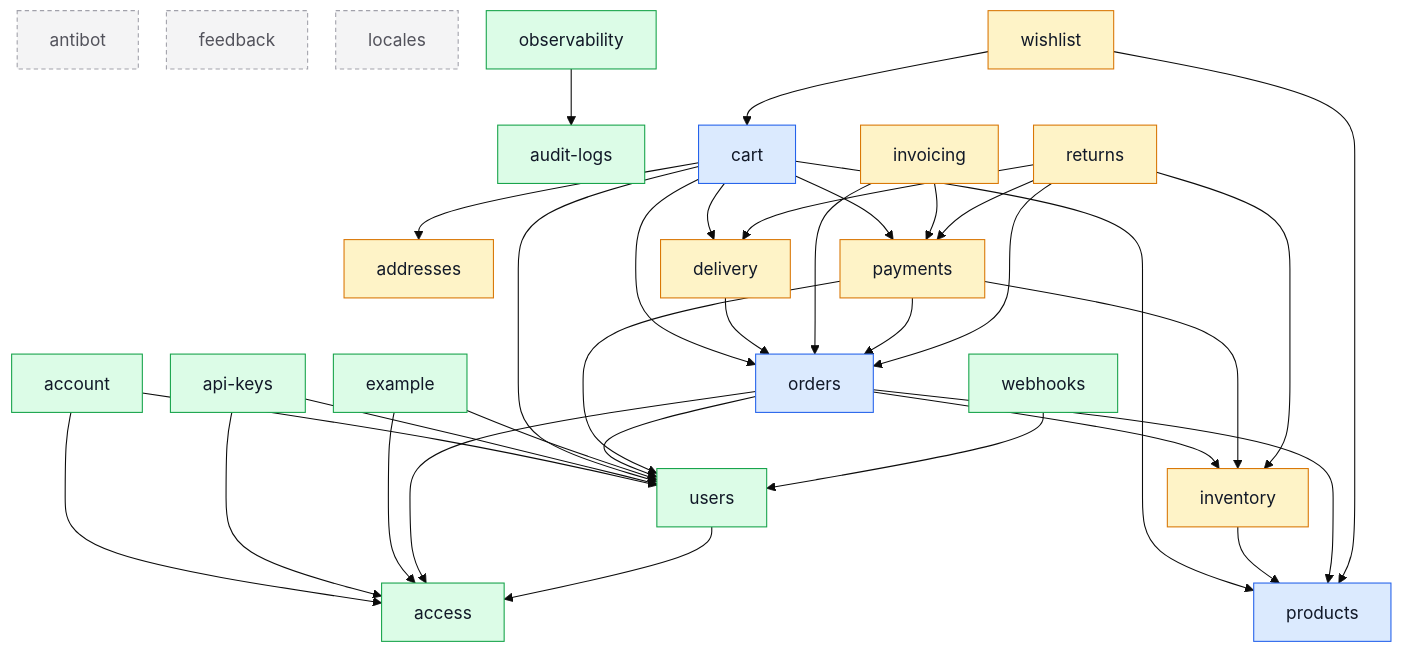
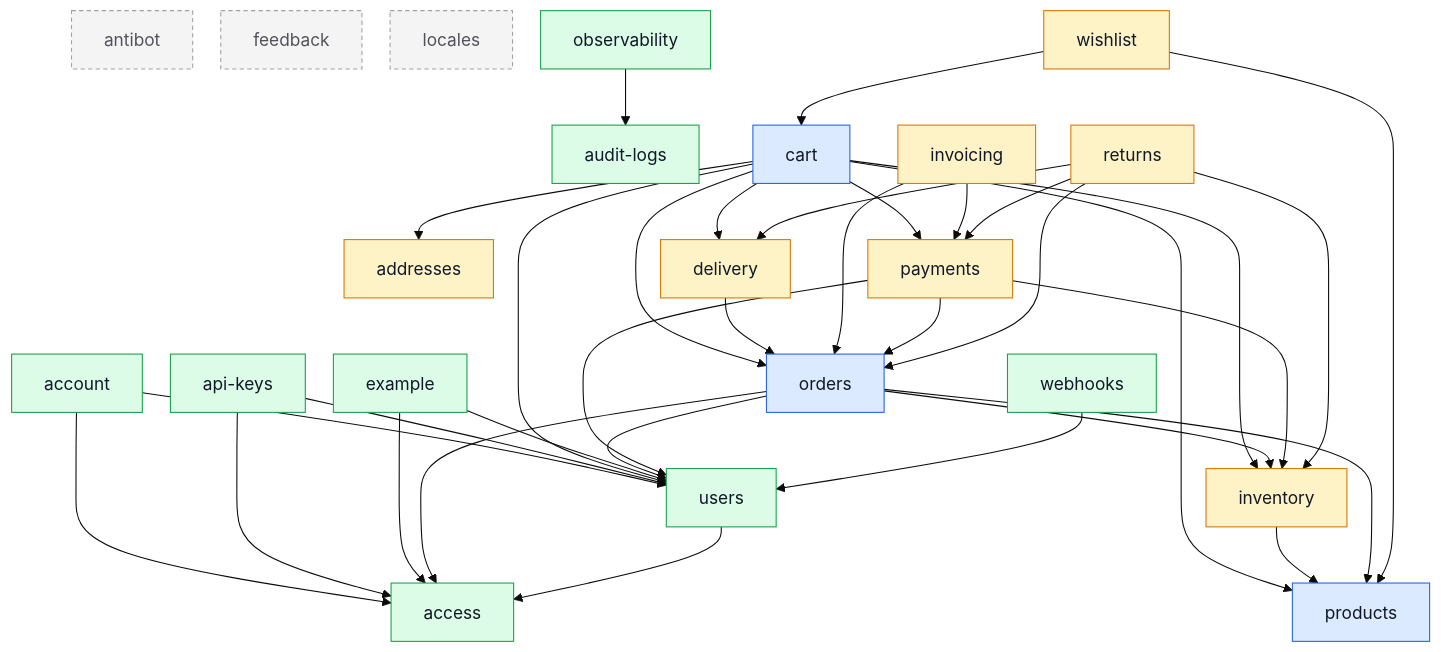
Before and after one commit to Guebbit/boilerplate-node-backend: the diagram in docs/modules/index.md, drawn with Mermaid (base theme). The commit also changed other lines of this file and 8 other files, not shown here.

````diff
--- a/docs/modules/index.md
+++ b/docs/modules/index.md
@@ -40,67 +40,68 @@
 ```mermaid
 %%{init: {'flowchart': {'nodeSpacing': 26, 'rankSpacing': 52}}}%%
 flowchart TD
     access
     account
     addresses
     antibot
     api_keys["api-keys"]
     audit_logs["audit-logs"]
     cart
     delivery
     example
     feedback
     inventory
     invoicing
     locales
     observability
     orders
     payments
     products
     returns
     users
     webhooks
     wishlist
 
     account --> access
     account --> users
     api_keys --> access
     api_keys --> users
     cart --> addresses
     cart --> delivery
+    cart --> inventory
     cart --> orders
     cart --> payments
     cart --> products
     cart --> users
     delivery --> orders
     example --> access
     example --> users
     inventory --> products
     invoicing --> orders
     invoicing --> payments
     observability --> audit_logs
     orders --> access
     orders --> inventory
     orders --> products
     orders --> users
     payments --> inventory
     payments --> orders
     payments --> users
     returns --> delivery
     returns --> inventory
     returns --> orders
     returns --> payments
     users --> access
     webhooks --> users
     wishlist --> cart
     wishlist --> products
 
     classDef core fill:#dbeafe,stroke:#2563eb,color:#111827;
     classDef supporting fill:#fef3c7,stroke:#d97706,color:#111827;
     classDef generic fill:#dcfce7,stroke:#16a34a,color:#111827;
     classDef isolated fill:#f4f4f5,stroke:#a1a1aa,color:#52525b,stroke-dasharray:4 3;
     class cart,orders,products core;
     class addresses,delivery,inventory,invoicing,payments,returns,wishlist supporting;
     class access,account,api_keys,audit_logs,example,observability,users,webhooks generic;
     class antibot,feedback,locales isolated;
 ```
````
